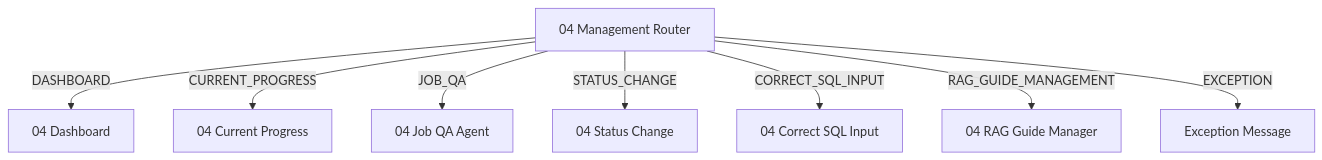
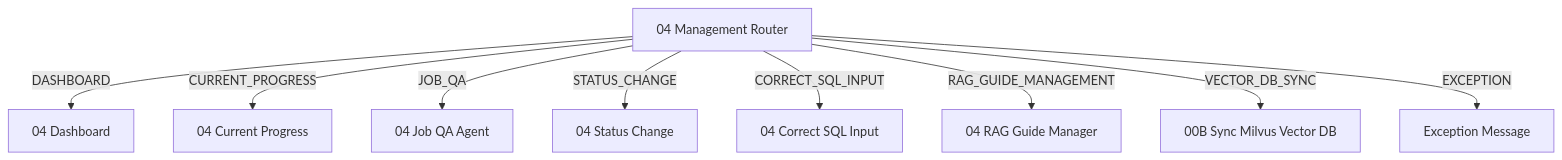
The third of 5 diagrams in langflow_260831_poc_complete/00_architecture_chapter2_chat_management.md (seongikjin227-jpg/refactoring_smartMigrate), drawn with Mermaid before and after one commit. The commit also changed other lines of this file and 2 other files, not shown here.

Commit message:
feat : VectorDB 동기화 요청 기능 추가

````diff
--- a/langflow_260831_poc_complete/00_architecture_chapter2_chat_management.md
+++ b/langflow_260831_poc_complete/00_architecture_chapter2_chat_management.md
@@ -55,10 +55,11 @@
 ```mermaid
 flowchart TD
     M[04 Management Router] -->|DASHBOARD| DASH[04 Dashboard]
     M -->|CURRENT_PROGRESS| PROG[04 Current Progress]
     M -->|JOB_QA| QA[04 Job QA Agent]
     M -->|STATUS_CHANGE| RESET[04 Status Change]
     M -->|CORRECT_SQL_INPUT| CORRECT[04 Correct SQL Input]
     M -->|RAG_GUIDE_MANAGEMENT| RAG[04 RAG Guide Manager]
+    M -->|VECTOR_DB_SYNC| VDB[00B Sync Milvus Vector DB]
     M -->|EXCEPTION| EX[Exception Message]
 ```
````
